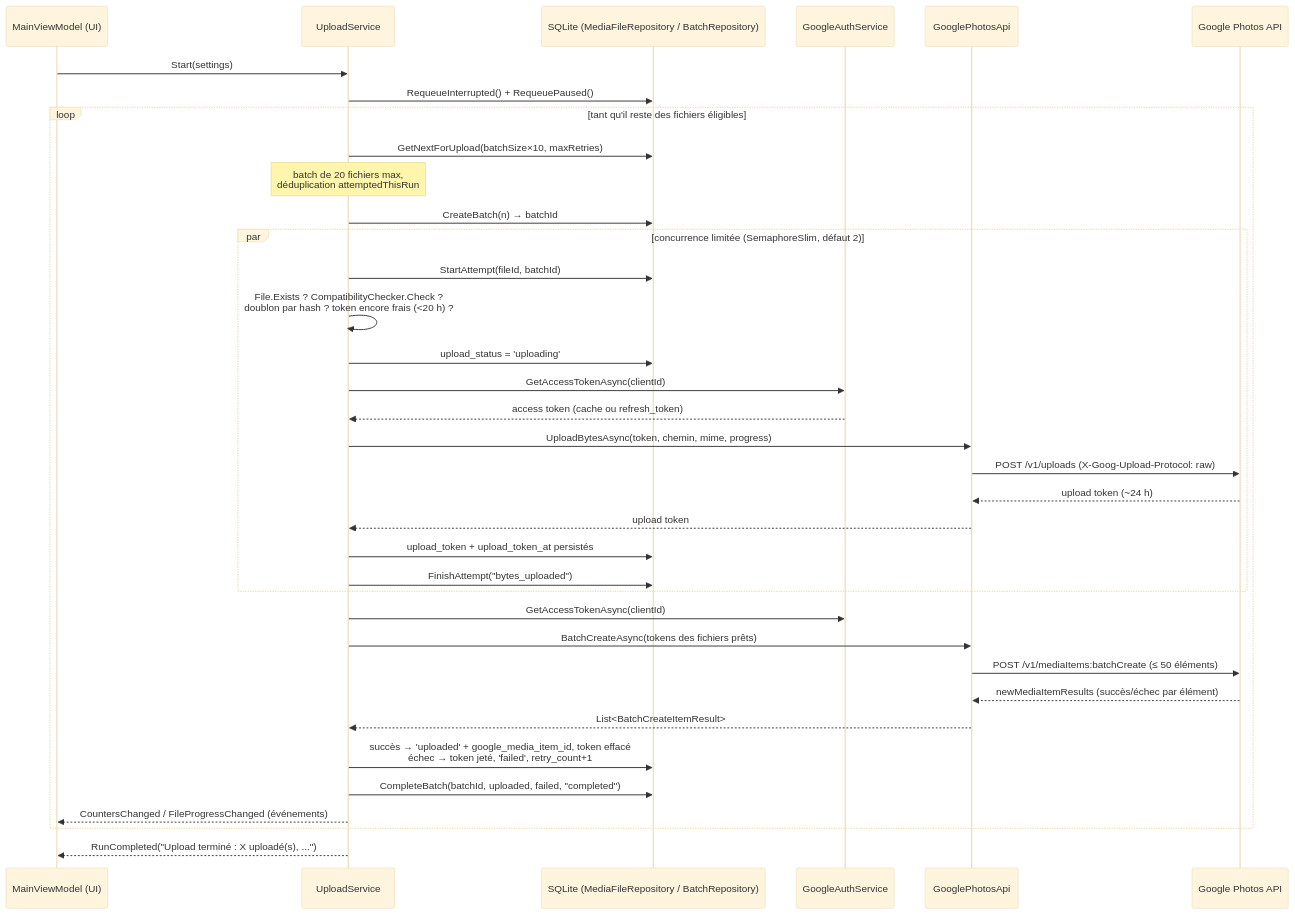
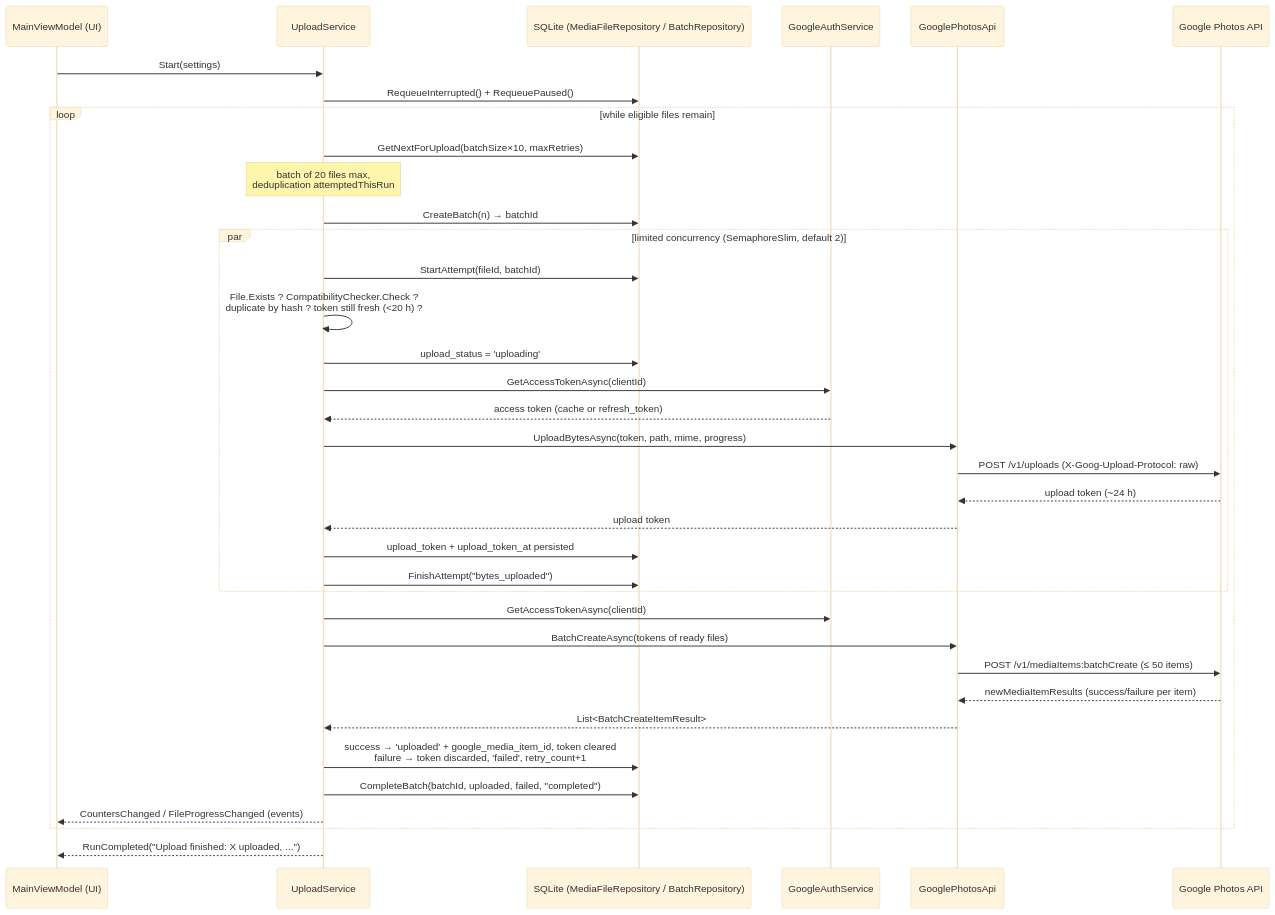
The second of 2 diagrams in docs/architecture.md (mister-guiiug/mister-gphotos), drawn with Mermaid (base theme) before and after one commit. The commit also changed other lines of this file and 30 other files, not shown here.

````diff
--- a/docs/architecture.md
+++ b/docs/architecture.md
@@ -185,41 +206,41 @@
 ```mermaid
 sequenceDiagram
     participant UI as MainViewModel (UI)
     participant US as UploadService
     participant DB as SQLite (MediaFileRepository / BatchRepository)
     participant GA as GoogleAuthService
     participant GP as GooglePhotosApi
     participant G as Google Photos API
 
     UI->>US: Start(settings)
     US->>DB: RequeueInterrupted() + RequeuePaused()
-    loop tant qu'il reste des fichiers éligibles
+    loop while eligible files remain
         US->>DB: GetNextForUpload(batchSize×10, maxRetries)
-        Note over US: batch de 20 fichiers max,<br/>déduplication attemptedThisRun
+        Note over US: batch of 20 files max,<br/>deduplication attemptedThisRun
         US->>DB: CreateBatch(n) → batchId
 
-        par concurrence limitée (SemaphoreSlim, défaut 2)
+        par limited concurrency (SemaphoreSlim, default 2)
             US->>DB: StartAttempt(fileId, batchId)
-            US->>US: File.Exists ? CompatibilityChecker.Check ?<br/>doublon par hash ? token encore frais (<20 h) ?
+            US->>US: File.Exists ? CompatibilityChecker.Check ?<br/>duplicate by hash ? token still fresh (<20 h) ?
             US->>DB: upload_status = 'uploading'
             US->>GA: GetAccessTokenAsync(clientId)
-            GA-->>US: access token (cache ou refresh_token)
-            US->>GP: UploadBytesAsync(token, chemin, mime, progress)
+            GA-->>US: access token (cache or refresh_token)
+            US->>GP: UploadBytesAsync(token, path, mime, progress)
             GP->>G: POST /v1/uploads (X-Goog-Upload-Protocol: raw)
             G-->>GP: upload token (~24 h)
             GP-->>US: upload token
-            US->>DB: upload_token + upload_token_at persistés
+            US->>DB: upload_token + upload_token_at persisted
             US->>DB: FinishAttempt("bytes_uploaded")
         end
 
         US->>GA: GetAccessTokenAsync(clientId)
-        US->>GP: BatchCreateAsync(tokens des fichiers prêts)
-        GP->>G: POST /v1/mediaItems:batchCreate (≤ 50 éléments)
-        G-->>GP: newMediaItemResults (succès/échec par élément)
+        US->>GP: BatchCreateAsync(tokens of ready files)
+        GP->>G: POST /v1/mediaItems:batchCreate (≤ 50 items)
+        G-->>GP: newMediaItemResults (success/failure per item)
         GP-->>US: List<BatchCreateItemResult>
-        US->>DB: succès → 'uploaded' + google_media_item_id, token effacé<br/>échec → token jeté, 'failed', retry_count+1
+        US->>DB: success → 'uploaded' + google_media_item_id, token cleared<br/>failure → token discarded, 'failed', retry_count+1
         US->>DB: CompleteBatch(batchId, uploaded, failed, "completed")
-        US-->>UI: CountersChanged / FileProgressChanged (événements)
+        US-->>UI: CountersChanged / FileProgressChanged (events)
     end
-    US-->>UI: RunCompleted("Upload terminé : X uploadé(s), ...")
+    US-->>UI: RunCompleted("Upload finished: X uploaded, ...")
 ```
````
